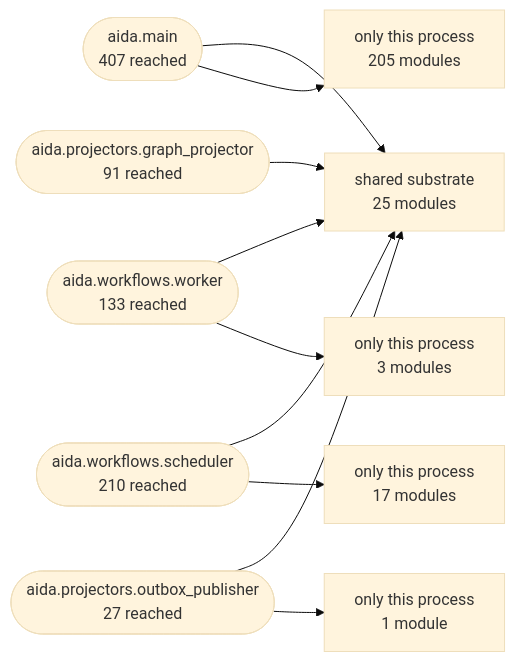
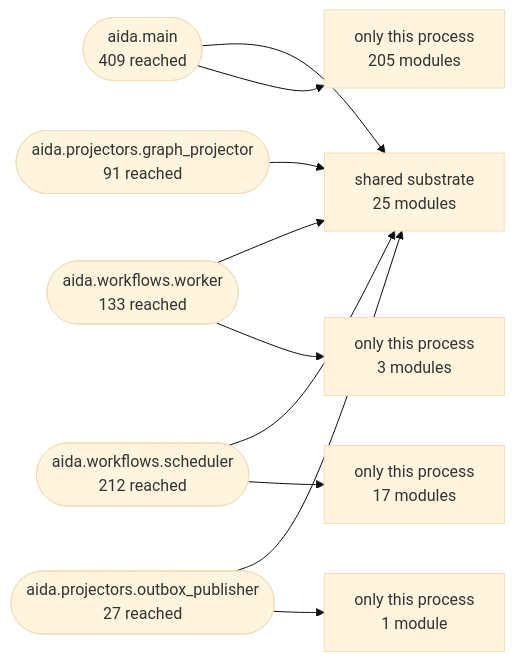
Before and after one commit to karuppusamym/AIDataAnalyst: the second of 3 diagrams in Docs/10-architecture/14-generated-architecture-map.md, drawn with Mermaid (base theme). The commit also changed other lines of this file and 23 other files, not shown here.

````diff
--- a/Docs/10-architecture/14-generated-architecture-map.md
+++ b/Docs/10-architecture/14-generated-architecture-map.md
@@ -179,22 +179,22 @@
 ```mermaid
 graph LR
   shared["shared substrate<br/>25 modules"]
-  aida_main(["aida.main<br/>407 reached"])
+  aida_main(["aida.main<br/>409 reached"])
   aida_workflows_worker(["aida.workflows.worker<br/>133 reached"])
-  aida_workflows_scheduler(["aida.workflows.scheduler<br/>210 reached"])
+  aida_workflows_scheduler(["aida.workflows.scheduler<br/>212 reached"])
   aida_projectors_graph_projector(["aida.projectors.graph_projector<br/>91 reached"])
   aida_projectors_outbox_publisher(["aida.projectors.outbox_publisher<br/>27 reached"])
   aida_main --> shared
   only_aida_main["only this process<br/>205 modules"]
   aida_main --> only_aida_main
   aida_workflows_worker --> shared
   only_aida_workflows_worker["only this process<br/>3 modules"]
   aida_workflows_worker --> only_aida_workflows_worker
   aida_workflows_scheduler --> shared
   only_aida_workflows_scheduler["only this process<br/>17 modules"]
   aida_workflows_scheduler --> only_aida_workflows_scheduler
   aida_projectors_graph_projector --> shared
   aida_projectors_outbox_publisher --> shared
   only_aida_projectors_outbox_publisher["only this process<br/>1 module"]
   aida_projectors_outbox_publisher --> only_aida_projectors_outbox_publisher
 ```
````
